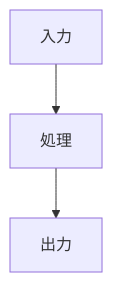
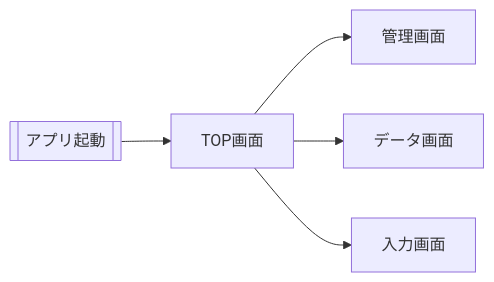
One commit to kongou71905/fs-test-app changed the first of 2 diagrams in docs/05_Screen-Flowchart.md. Above: the diagram before and after it, drawn with Mermaid. The commit also changed other lines of this file, not shown here.

````diff
--- a/docs/05_Screen-Flowchart.md
+++ b/docs/05_Screen-Flowchart.md
@@ -2,5 +2,7 @@
 ```mermaid
-flowchart TD
-    A[入力] --> B[処理]
-    B --> C[出力]
+flowchart LR
+	start[[アプリ起動]] --> top[TOP画面]
+    top[TOP画面] --> kanri[管理画面]
+    top[TOP画面] --> Data[データ画面]
+    top[TOP画面] --> input[入力画面]
 ```
````
